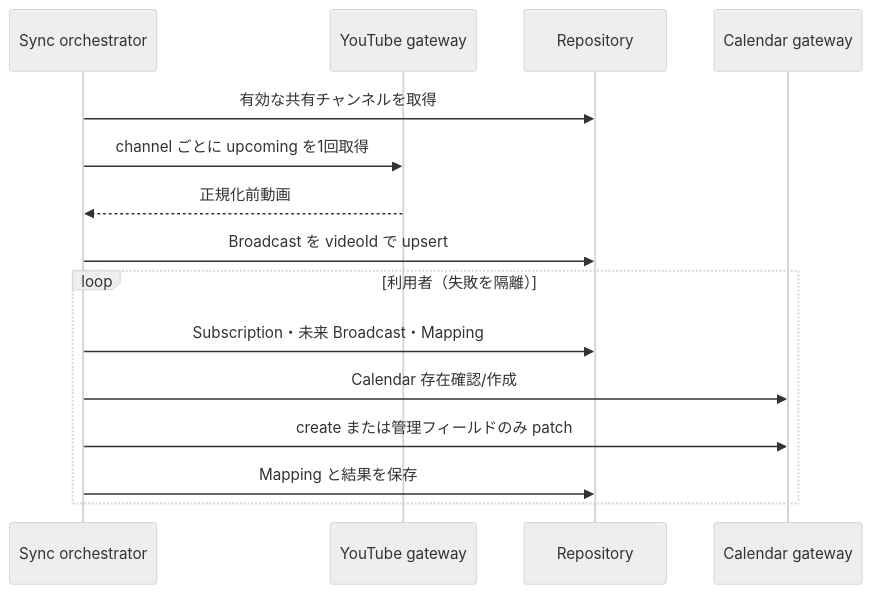
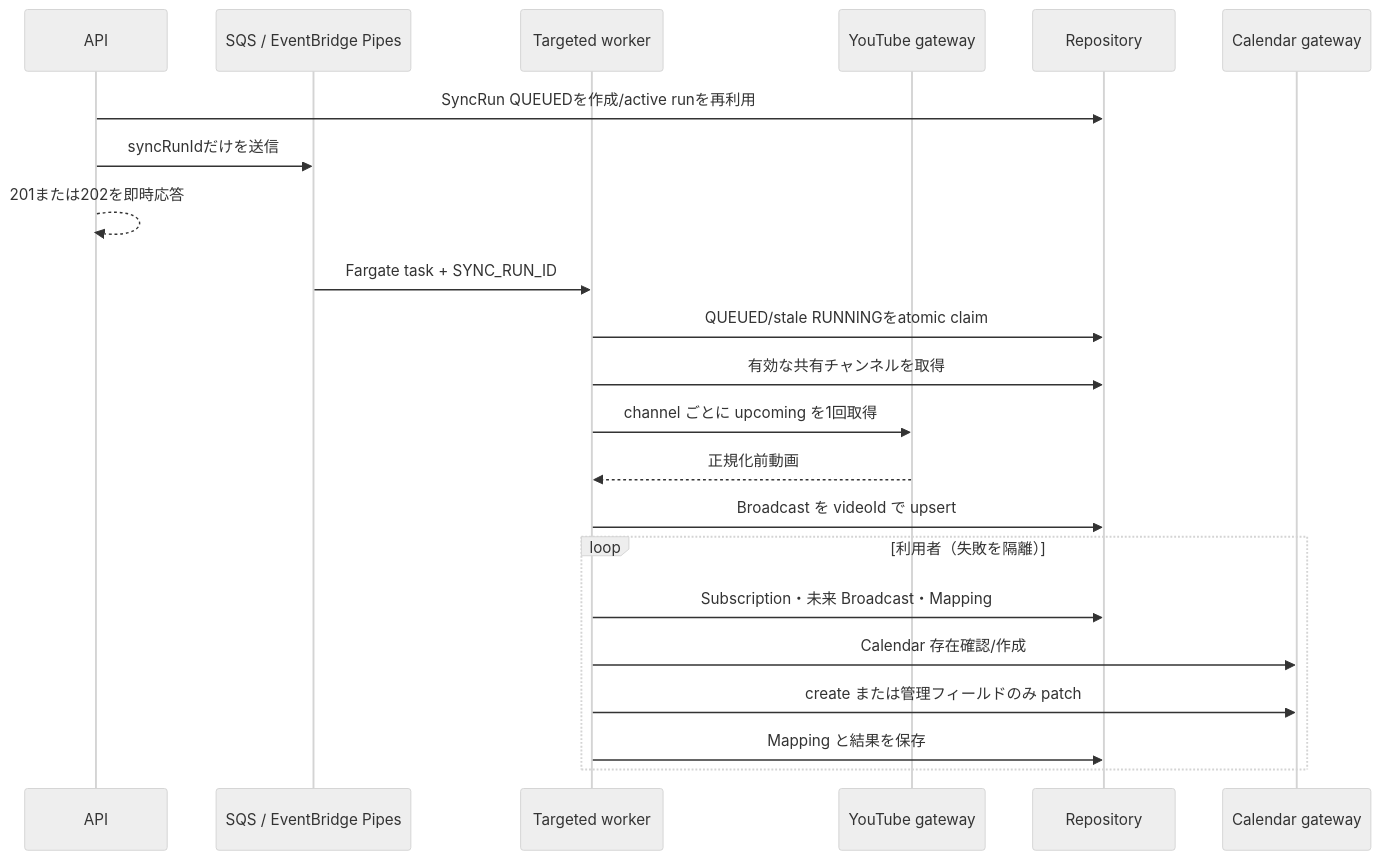
The diagram in docs/architecture/synchronization.md (musenmai-08/oshi-schedule), drawn with Mermaid (neutral theme) before and after one commit. The commit also changed other lines of this file and 34 other files, not shown here.

````diff
--- a/docs/architecture/synchronization.md
+++ b/docs/architecture/synchronization.md
@@ -7,17 +7,24 @@
 ```mermaid
 sequenceDiagram
-  participant S as Sync orchestrator
+  participant A as API
+  participant Q as SQS / EventBridge Pipes
+  participant S as Targeted worker
   participant Y as YouTube gateway
   participant D as Repository
   participant G as Calendar gateway
+  A->>D: SyncRun QUEUEDを作成/active runを再利用
+  A->>Q: syncRunIdだけを送信
+  A-->>A: 201または202を即時応答
+  Q->>S: Fargate task + SYNC_RUN_ID
+  S->>D: QUEUED/stale RUNNINGをatomic claim
   S->>D: 有効な共有チャンネルを取得
   S->>Y: channel ごとに upcoming を1回取得
   Y-->>S: 正規化前動画
   S->>D: Broadcast を videoId で upsert
   loop 利用者（失敗を隔離）
     S->>D: Subscription・未来 Broadcast・Mapping
     S->>G: Calendar 存在確認/作成
     S->>G: create または管理フィールドのみ patch
     S->>D: Mapping と結果を保存
   end
 ```
````
